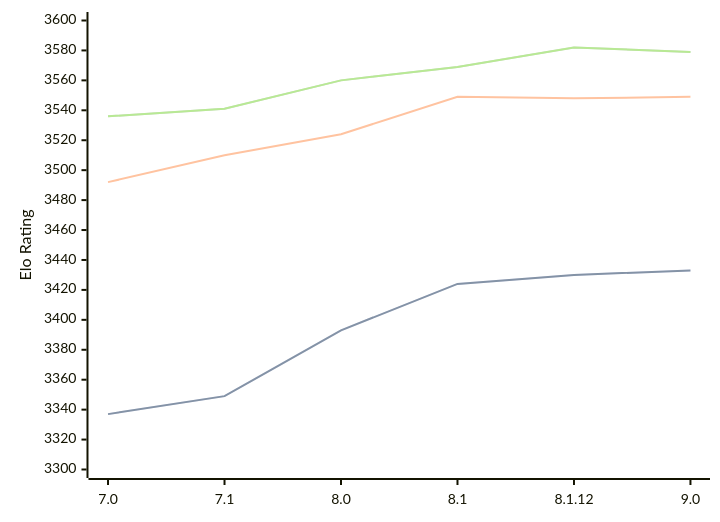
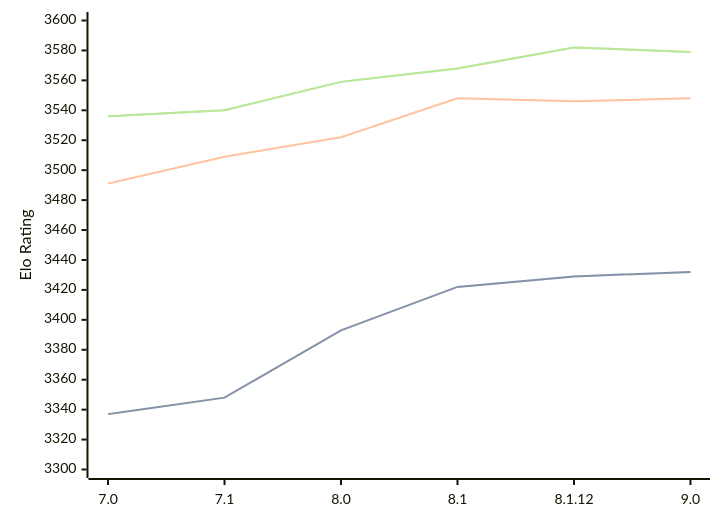
Before and after one commit to computer-chess-index/cci: the diagram in engines/Alexandria.md, drawn with Mermaid. The commit also changed other lines of this file, not shown here.

Commit message:
Update CCI Ratings (ELO VLTC) - 2026-09-01

````diff
--- a/engines/Alexandria.md
+++ b/engines/Alexandria.md
@@ -36,11 +36,11 @@
 ```mermaid
 %%{init: {"theme":"base","themeVariables":{"seriesColors:['#a3a3a3','#222221','#faa371']}}}%%
 xychart-beta
   x-axis ["7.0", "7.1", "8.0", "8.1", "8.1.12", "9.0"]
   y-axis "Elo Rating" 3300 --> 3600
-  line "" [3337, 3349, 3393, 3424, 3430, 3433]
-  line "STC (8.0+0.08s)" [3337, 3349, 3393, 3424, 3430, 3433]
-  line "LTC (60.0+0.60s)" [3492, 3510, 3524, 3549, 3548, 3549]
-  line "" [3536, 3541, 3560, 3569, 3582, 3579]
-  line "VLTC (2m24s+1.12s)" [3536, 3541, 3560, 3569, 3582, 3579]
+  line "" [3337, 3348, 3393, 3422, 3429, 3432]
+  line "STC (8.0+0.08s)" [3337, 3348, 3393, 3422, 3429, 3432]
+  line "LTC (60.0+0.60s)" [3491, 3509, 3522, 3548, 3546, 3548]
+  line "" [3536, 3540, 3559, 3568, 3582, 3579]
+  line "VLTC (2m24s+1.12s)" [3536, 3540, 3559, 3568, 3582, 3579]
 ```
````
